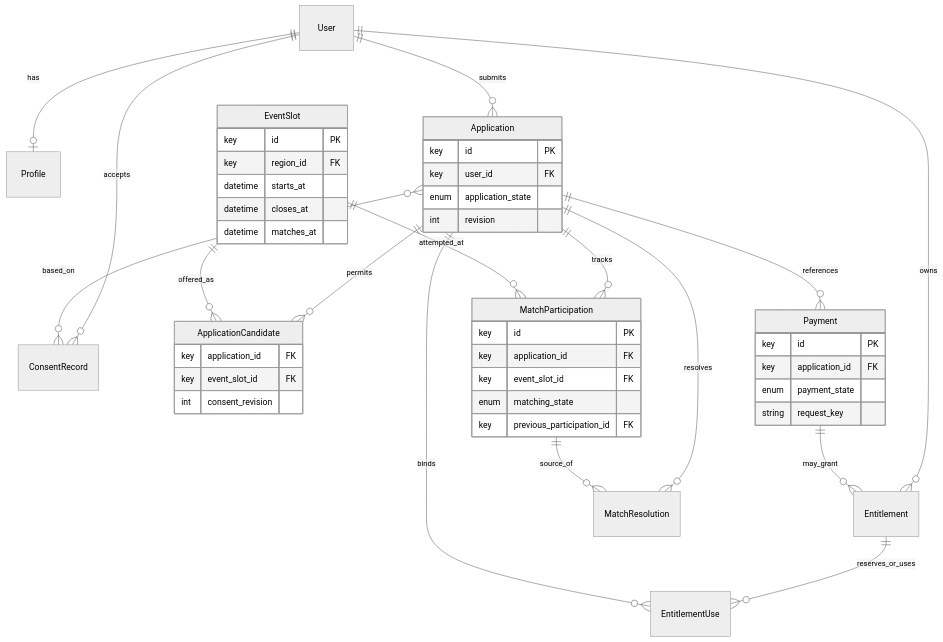
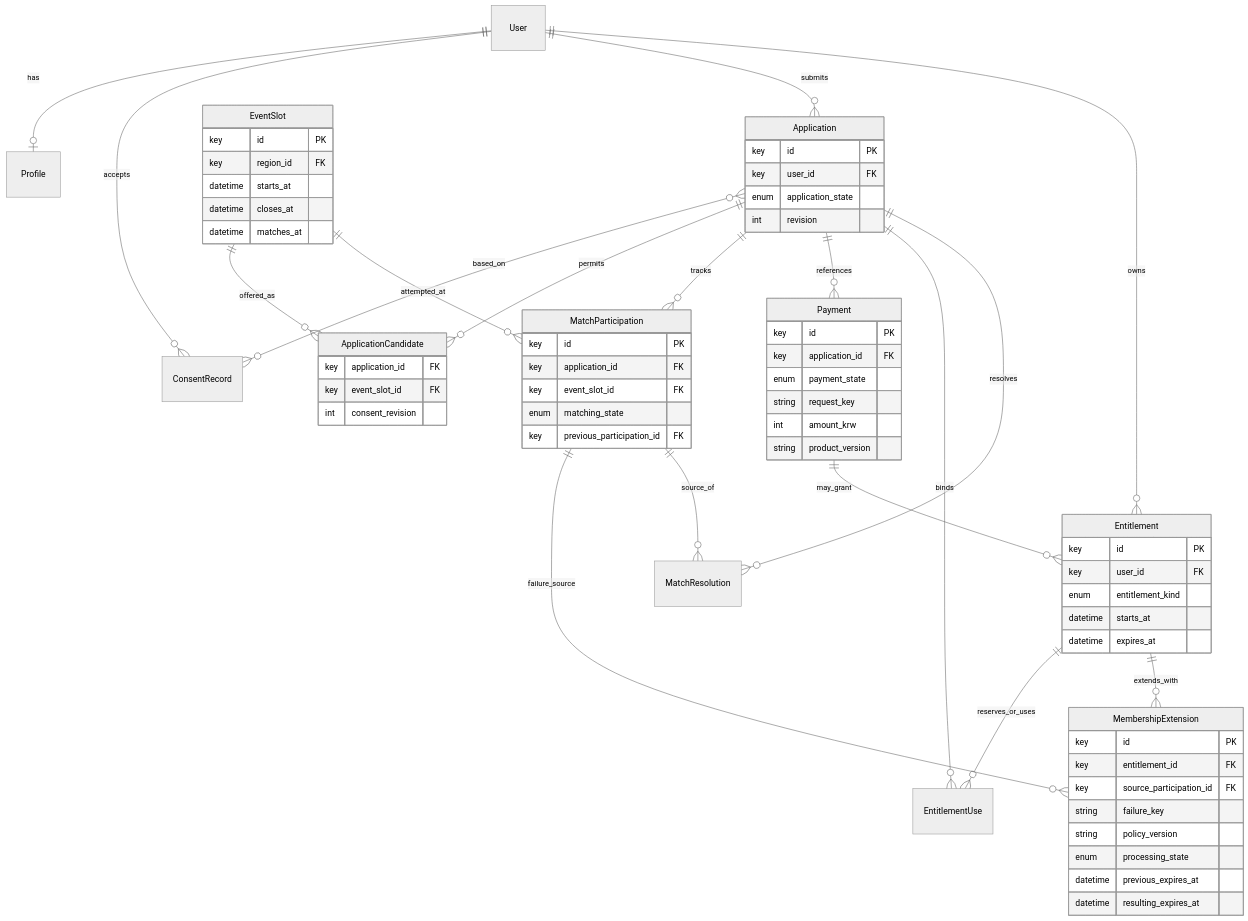
The first of 3 diagrams in docs/design/core-data-model.md (InryeolChoi/SerenTable), drawn with Mermaid (neutral theme) before and after one commit. The commit also changed other lines of this file and 2 other files, not shown here.

Commit message:
docs: model FAQ membership and idempotent failure extensions

````diff
--- a/docs/design/core-data-model.md
+++ b/docs/design/core-data-model.md
@@ -56,49 +57,70 @@
 ```mermaid
 erDiagram
     User ||--o| Profile : has
     User ||--o{ ConsentRecord : accepts
     User ||--o{ Application : submits
     Application }o--o{ ConsentRecord : based_on
     Application ||--o{ ApplicationCandidate : permits
     EventSlot ||--o{ ApplicationCandidate : offered_as
     Application ||--o{ MatchParticipation : tracks
     EventSlot ||--o{ MatchParticipation : attempted_at
     Application ||--o{ Payment : references
     User ||--o{ Entitlement : owns
     Payment ||--o{ Entitlement : may_grant
     Entitlement ||--o{ EntitlementUse : reserves_or_uses
     Application ||--o{ EntitlementUse : binds
+    Entitlement ||--o{ MembershipExtension : extends_with
+    MatchParticipation ||--o{ MembershipExtension : failure_source
     Application ||--o{ MatchResolution : resolves
     MatchParticipation ||--o{ MatchResolution : source_of
     Application {
         key id PK
         key user_id FK
         enum application_state
         int revision
     }
     EventSlot {
         key id PK
         key region_id FK
         datetime starts_at
         datetime closes_at
         datetime matches_at
     }
     ApplicationCandidate {
         key application_id FK
         key event_slot_id FK
         int consent_revision
     }
     MatchParticipation {
         key id PK
         key application_id FK
         key event_slot_id FK
         enum matching_state
         key previous_participation_id FK
     }
     Payment {
         key id PK
         key application_id FK
         enum payment_state
         string request_key
+        int amount_krw
+        string product_version
+    }
+    Entitlement {
+        key id PK
+        key user_id FK
+        enum entitlement_kind
+        datetime starts_at
+        datetime expires_at
+    }
+    MembershipExtension {
+        key id PK
+        key entitlement_id FK
+        key source_participation_id FK
+        string failure_key
+        string policy_version
+        enum processing_state
+        datetime previous_expires_at
+        datetime resulting_expires_at
     }
 ```
````
